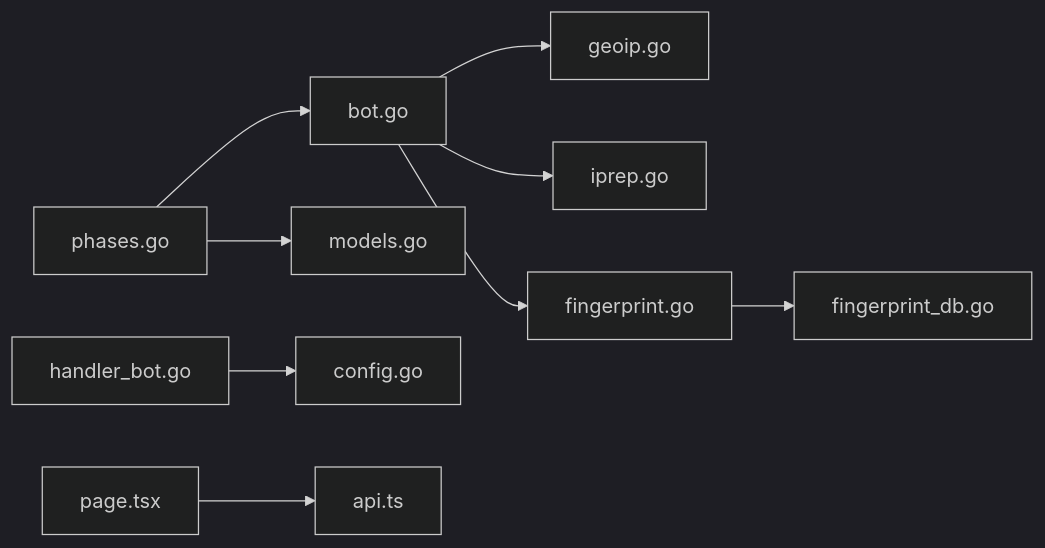
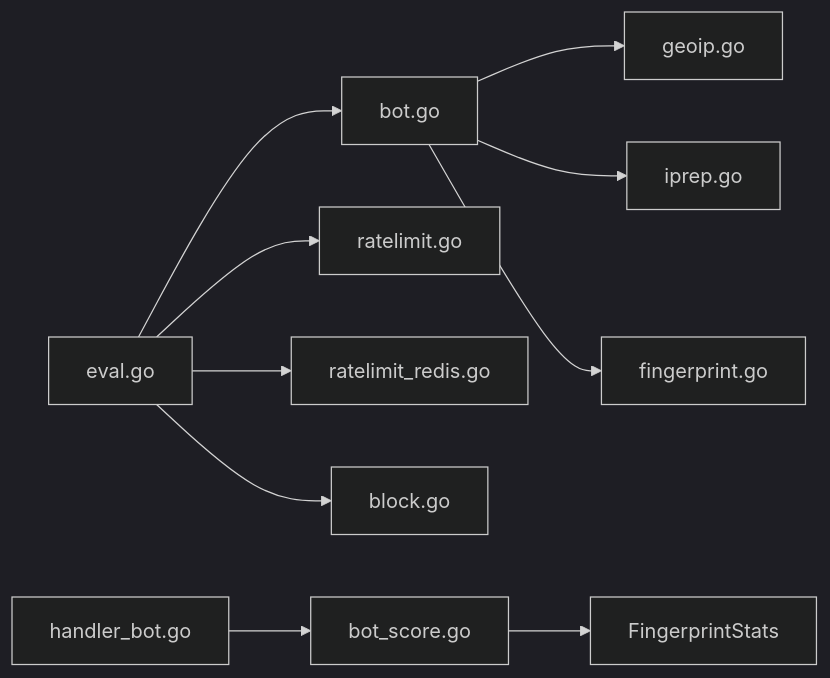
The sixth of 6 diagrams in docs/WAF 引擎系统/处理阶段详解/机器人检测阶段.md (x01n/My-OpenWaf), drawn with Mermaid (dark theme) before and after one commit. The commit also changed other lines of this file and 199 other files, not shown here.

````diff
--- a/docs/WAF 引擎系统/处理阶段详解/机器人检测阶段.md
+++ b/docs/WAF 引擎系统/处理阶段详解/机器人检测阶段.md
@@ -418,11 +278,12 @@
 ```mermaid
 graph LR
-BOT["bot.go"] --> GEO["geoip.go"]
-BOT --> IPREP["iprep.go"]
-BOT --> FP["fingerprint.go"]
-FP --> FPDB["fingerprint_db.go"]
-PHASE["phases.go"] --> BOT
-PHASE --> MODELS["models.go"]
-ADMIN["handler_bot.go"] --> CFG["config.go"]
-UI["page.tsx"] --> API["api.ts"]
+Eval["eval.go"] --> Bot["bot.go"]
+Bot --> Geo["geoip.go"]
+Bot --> Rep["iprep.go"]
+Bot --> FP["fingerprint.go"]
+Eval --> RL["ratelimit.go"]
+Eval --> RLR["ratelimit_redis.go"]
+Eval --> Block["block.go"]
+FingerprintHandler["handler_bot.go"] --> FingerprintRepo["bot_score.go"]
+FingerprintRepo --> FingerprintStats["FingerprintStats"]
 ```
````
